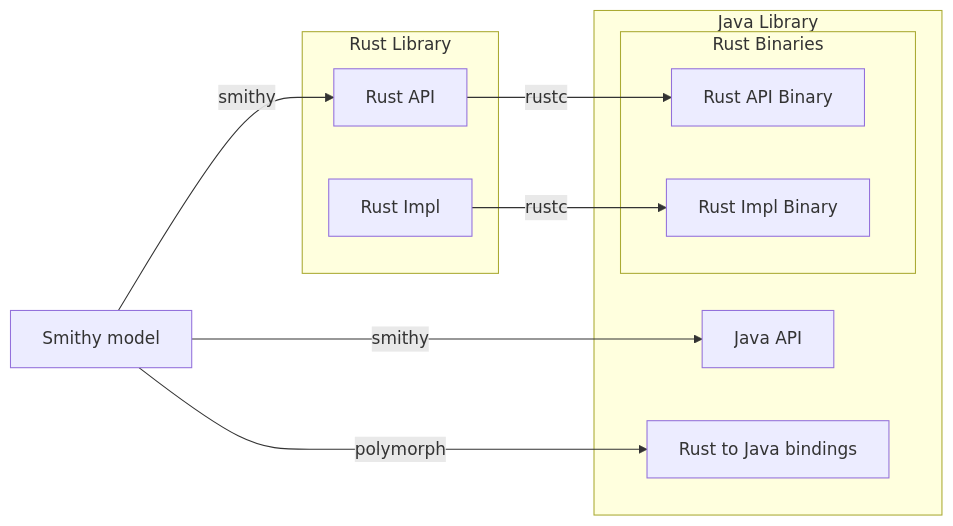
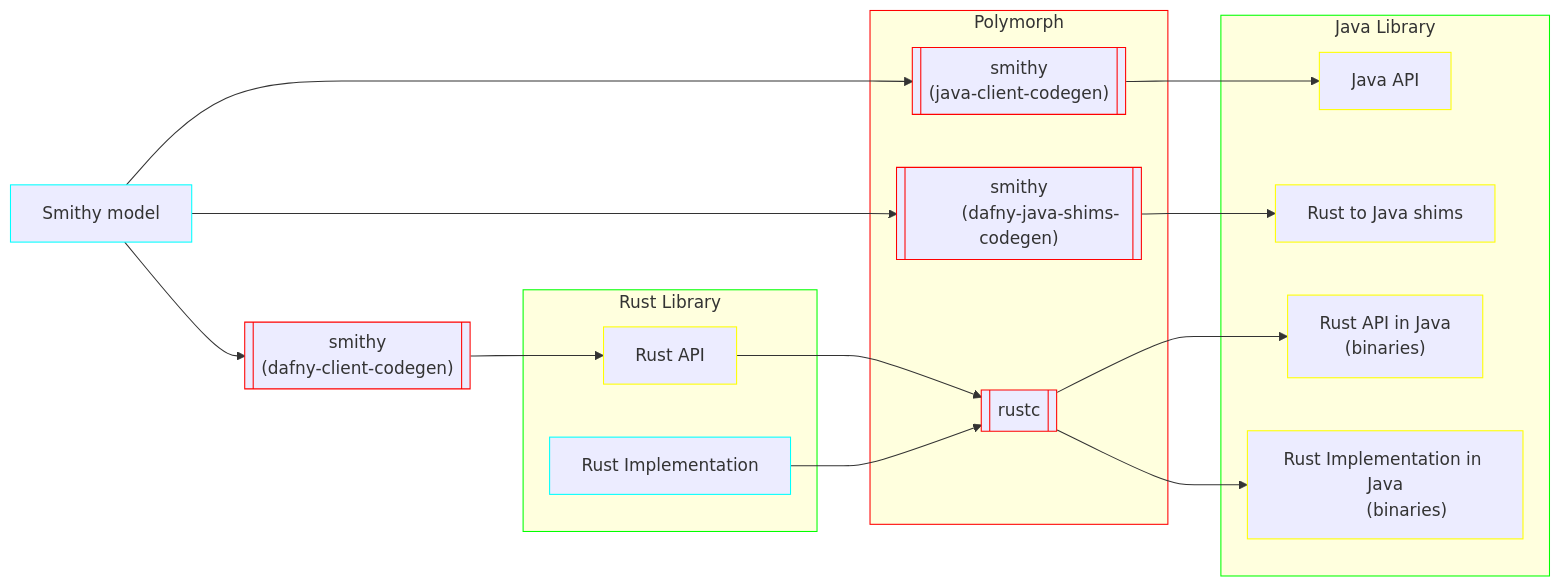
The diagram in designs/polymorphing-rust-to-java.md (awslabs/smithy-dafny), drawn with Mermaid before and after one commit. The commit also changed 1 other file, not shown here.

Commit message:
Complete initial diagrams

````diff
--- a/designs/polymorphing-rust-to-java.md
+++ b/designs/polymorphing-rust-to-java.md
@@ -1,26 +1,44 @@
 ```mermaid
 flowchart LR
-    Smithy["Smithy model"]
+    classDef Process stroke:#f00
+    classDef Library stroke:#0f0
+    classDef Authored stroke:#0ff
+    classDef Generated stroke:#ff0
 
-    subgraph RustProject["Rust Library"]
-        RustAPI["Rust API"]
-        RustImpl["Rust Impl"]
+    Smithy["Smithy model"]:::Authored
+
+    subgraph SourceProject["Rust Library"]
+        SourceAPI["Rust API"]:::Generated
+        SourceImpl["Rust Implementation"]:::Authored
     end
+    SourceProject:::Library
 
-    subgraph JavaProject["Java Library"]
-        JavaAPI["Java API"]
-        RustToJavaShims["Rust to Java bindings"]
+    subgraph Polymorph
+        SmithyTargetClient[["smithy
+        (java-client-codegen)"]]:::Process
+        SmithyShims[["smithy
+        (dafny-java-shims-codegen)"]]:::Process
 
-        subgraph RustBinaries["Rust Binaries"]
-            RustAPIInJava["Rust API Binary"]
-            RustImplInJava["Rust Impl Binary"]
-        end
+        Compiler[["rustc"]]:::Process
     end
+    Polymorph:::Process
 
-    Smithy -- smithy ---> JavaAPI
-    Smithy -- smithy --> RustAPI
-    Smithy -- polymorph ---> RustToJavaShims
-    RustAPI -- rustc --> RustAPIInJava
-    RustImpl -- rustc --> RustImplInJava
+    SmithySourceClient[["smithy
+    (dafny-client-codegen)"]]:::Process
+
+    subgraph TargetProject["Java Library"]
+        TargetAPI["Java API"]:::Generated
+        SourceToTargetShims["Rust to Java shims"]:::Generated
+        SourceAPIInTarget["Rust API in Java
+        (binaries)"]:::Generated
+        SourceImplInTarget["Rust Implementation in Java
+        (binaries)"]:::Generated
+    end
+    TargetProject:::Library
+
+    Smithy --> SmithyTargetClient --> TargetAPI
+    Smithy --> SmithySourceClient --> SourceAPI
+    Smithy --> SmithyShims --> SourceToTargetShims
+    SourceAPI & SourceImpl --> Compiler --> SourceAPIInTarget & SourceImplInTarget
 
 ```
````
